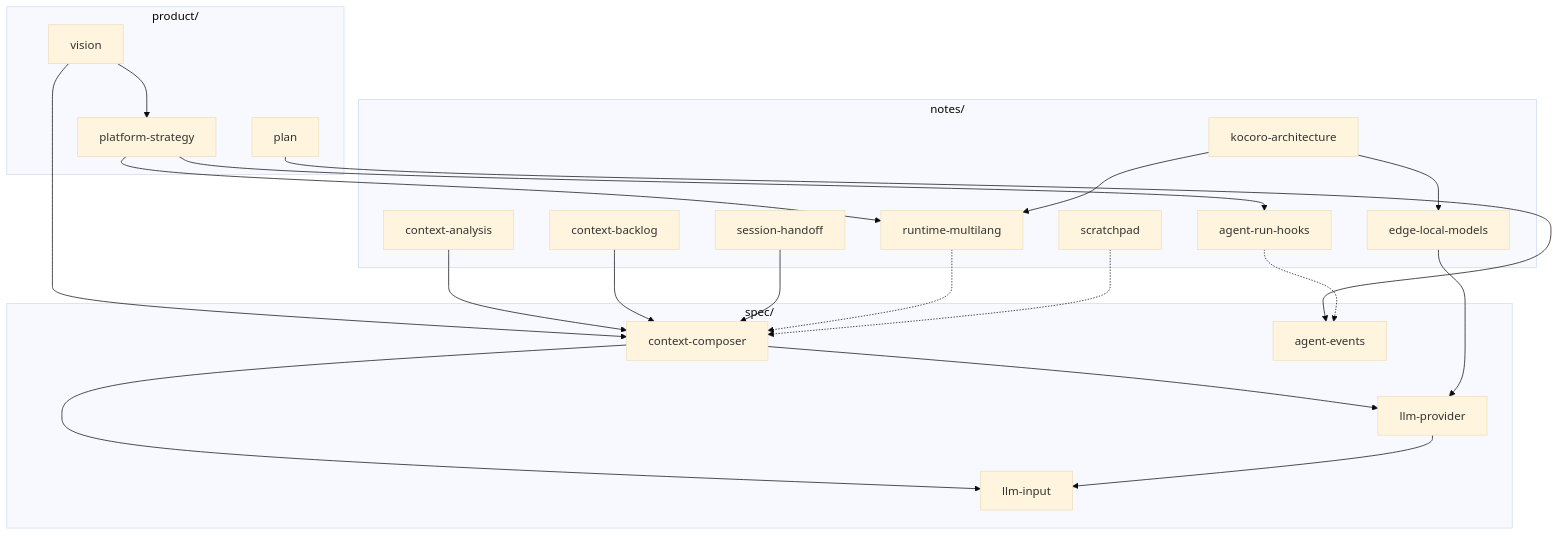
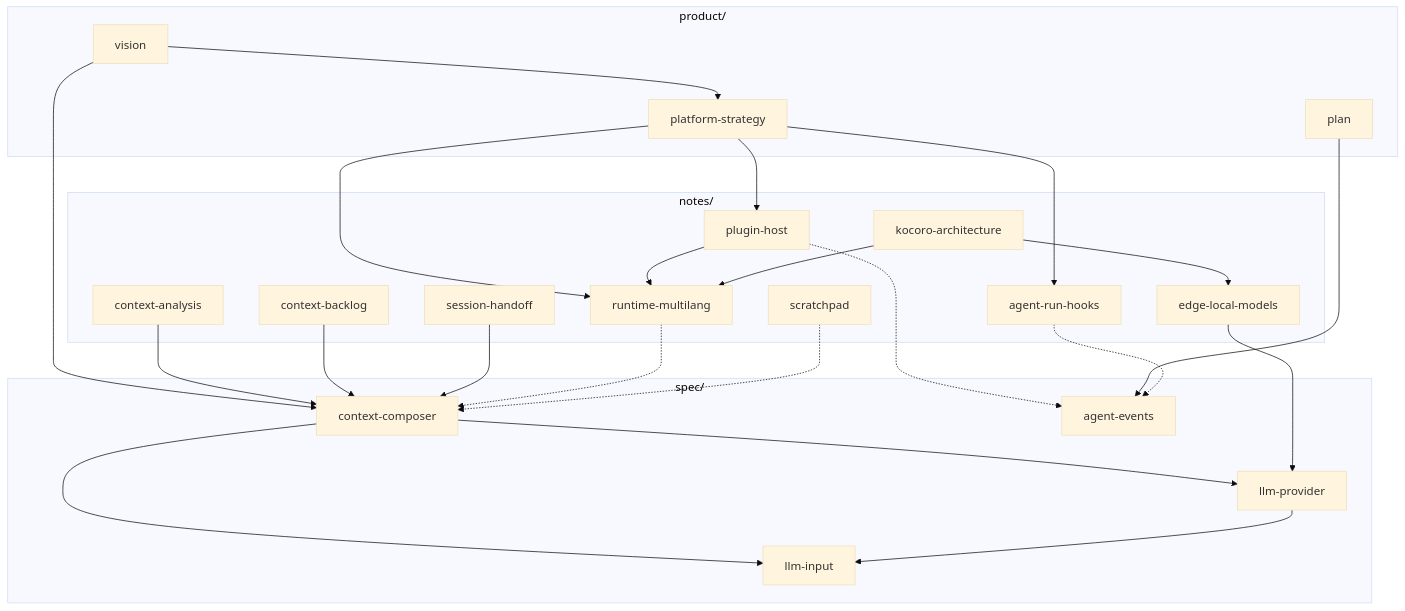
Before and after one commit to chendpoc/moontide: the diagram in docs/README.md, drawn with Mermaid (base theme). The commit also changed other lines of this file and 57 other files, not shown here.

````diff
--- a/docs/README.md
+++ b/docs/README.md
@@ -7,44 +7,48 @@
 ```mermaid
 flowchart TB
   subgraph product["product/"]
     V[vision]
     P[plan]
     PS[platform-strategy]
   end
 
   subgraph spec["spec/"]
     CC[context-composer]
     LP[llm-provider]
     LI[llm-input]
     AE[agent-events]
   end
 
   subgraph notes["notes/"]
     AR[agent-run-hooks]
     CA[context-analysis]
     CB[context-backlog]
     EL[edge-local-models]
     KO[kocoro-architecture]
     SH[session-handoff]
     RM[runtime-multilang]
+    PH[plugin-host]
     SP[scratchpad]
   end
 
   V --> CC
   V --> PS
   PS --> RM
   PS --> AR
+  PS --> PH
+  PH --> RM
+  PH -.-> AE
   P --> AE
   AR -.-> AE
   CC --> LP
   CC --> LI
   LP --> LI
   CA --> CC
   CB --> CC
   EL --> LP
   KO --> RM
   KO --> EL
   SH --> CC
   RM -.-> CC
   SP -.-> CC
 ```
````
